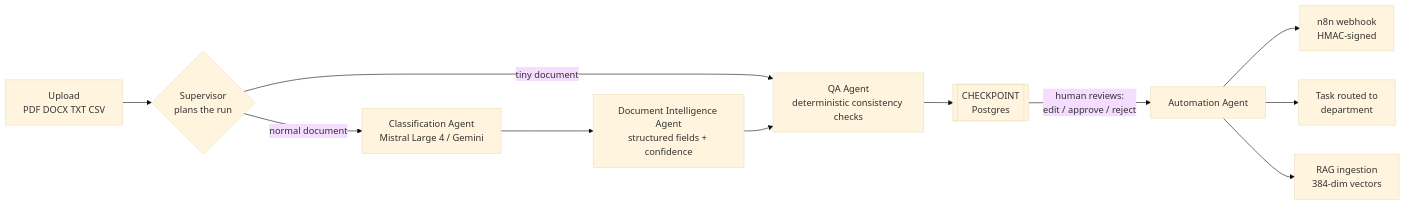
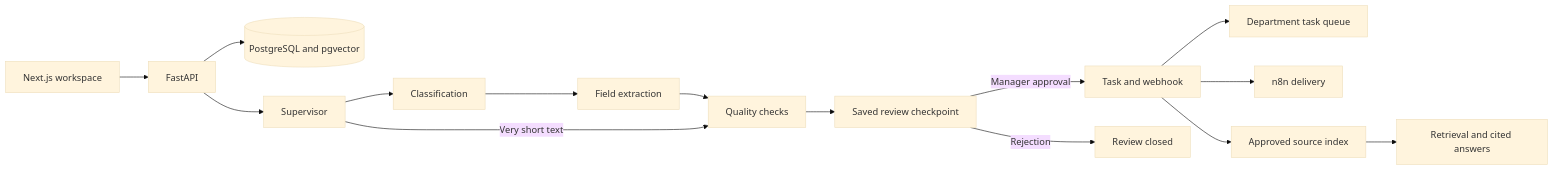
The diagram in README.md (Youssefamenallah23/Nexus-Ops), drawn with Mermaid (base theme) before and after one commit. The commit also changed other lines of this file and 1 other file, not shown here.

````diff
--- a/README.md
+++ b/README.md
@@ -20,13 +98,17 @@
 ```mermaid
 flowchart LR
-    A[Upload<br/>PDF DOCX TXT CSV] --> S{Supervisor<br/>plans the run}
-    S -->|normal document| C[Classification Agent<br/>Mistral Large 4 / Gemini]
-    S -->|tiny document| Q
-    C --> I[Document Intelligence Agent<br/>structured fields + confidence]
-    I --> Q[QA Agent<br/>deterministic consistency checks]
-    Q --> H[[CHECKPOINT<br/>Postgres]]
-    H -->|human reviews:<br/>edit / approve / reject| AU[Automation Agent]
-    AU --> N8N[n8n webhook<br/>HMAC-signed]
-    AU --> T[Task routed to<br/>department]
-    AU --> K[RAG ingestion<br/>384-dim vectors]
+    UI[Next.js workspace] --> API[FastAPI]
+    API --> DB[(PostgreSQL and pgvector)]
+    API --> Supervisor
+    Supervisor --> Classify[Classification]
+    Classify --> Extract[Field extraction]
+    Extract --> QA[Quality checks]
+    Supervisor -->|Very short text| QA
+    QA --> Gate[Saved review checkpoint]
+    Gate -->|Manager approval| Automation[Task and webhook]
+    Gate -->|Rejection| Stop[Review closed]
+    Automation --> Tasks[Department task queue]
+    Automation --> n8n[n8n delivery]
+    Automation --> Knowledge[Approved source index]
+    Knowledge --> Copilot[Retrieval and cited answers]
 ```
````
